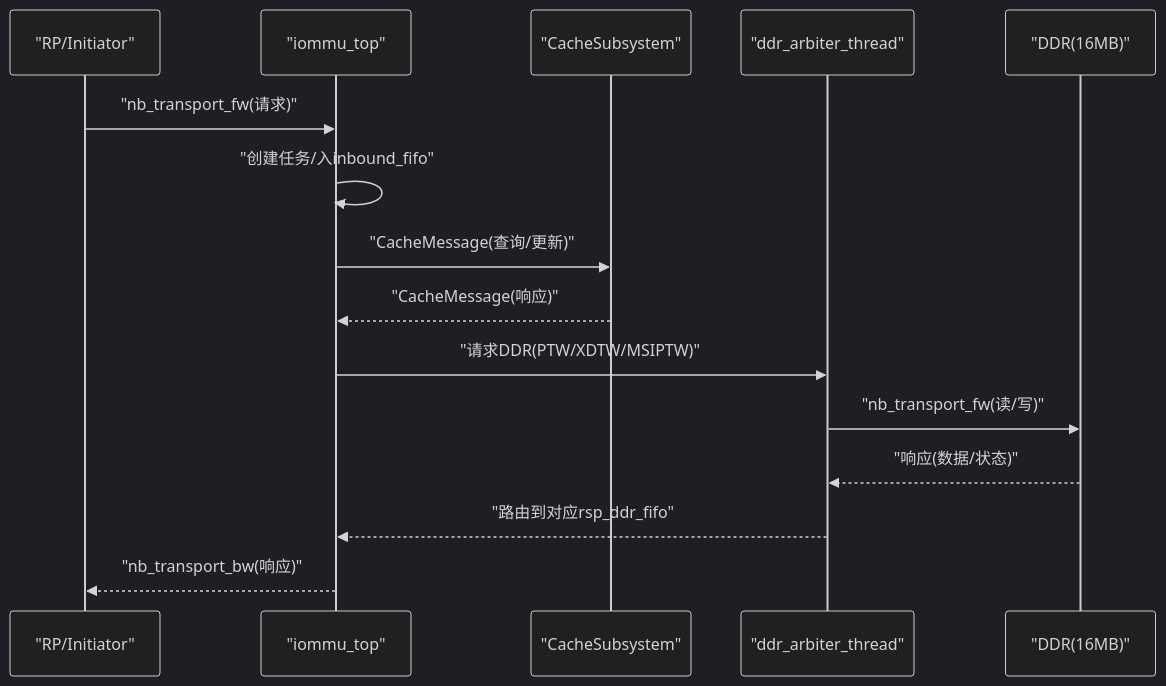
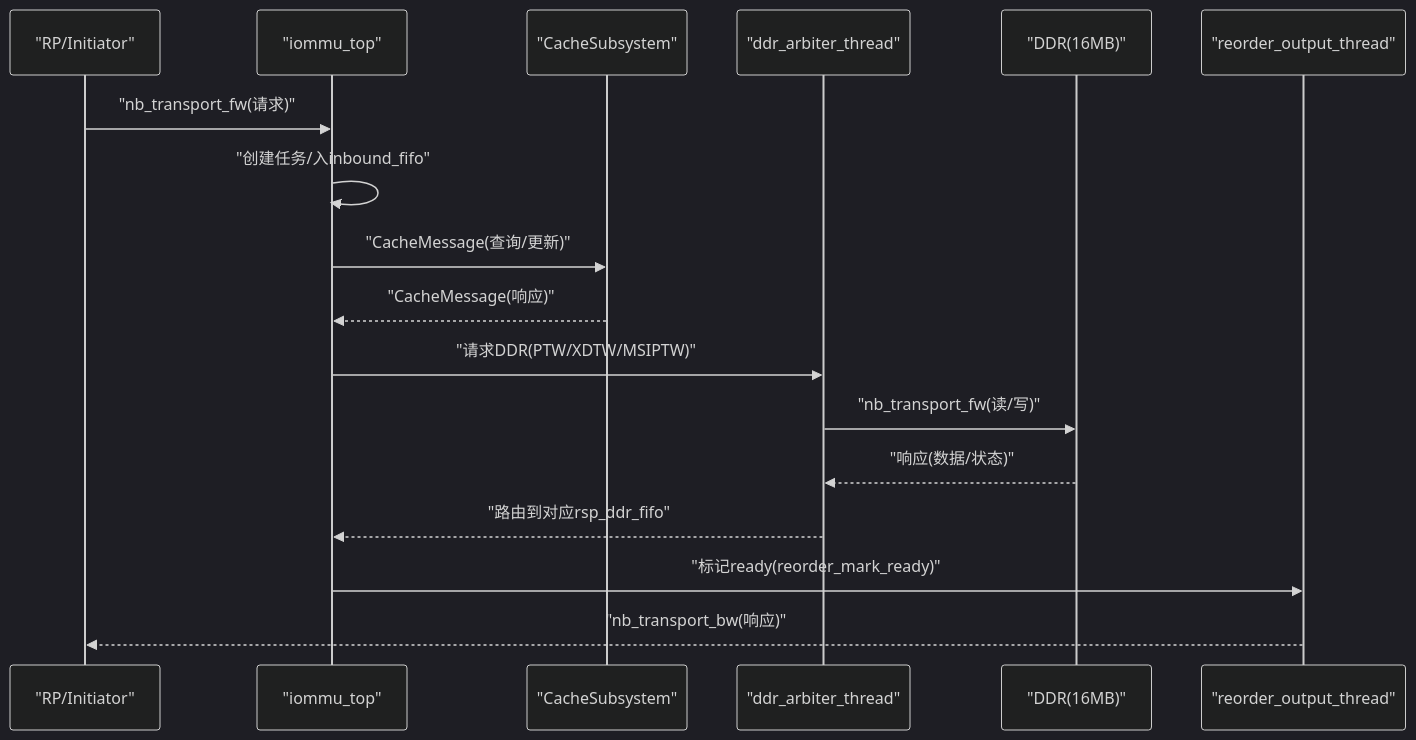
Before and after one commit to jiangjiang1122/iommu_model_20260401_v1: the second of 3 diagrams in .qoder/repowiki/zh/content/核心架构/内存管理.md, drawn with Mermaid (dark theme). The commit also changed other lines of this file and 159 other files, not shown here.

Commit message:
chore: 更新知识库文档 + 新增PTW并发分析图表与数据文件

````diff
--- a/.qoder/repowiki/zh/content/核心架构/内存管理.md
+++ b/.qoder/repowiki/zh/content/核心架构/内存管理.md
@@ -107,17 +114,19 @@
 ```mermaid
 sequenceDiagram
 participant RP as "RP/Initiator"
 participant TOP as "iommu_top"
 participant SUB as "CacheSubsystem"
 participant ARB as "ddr_arbiter_thread"
 participant DDR as "DDR(16MB)"
+participant REORDER as "reorder_output_thread"
 RP->>TOP : "nb_transport_fw(请求)"
 TOP->>TOP : "创建任务/入inbound_fifo"
 TOP->>SUB : "CacheMessage(查询/更新)"
 SUB-->>TOP : "CacheMessage(响应)"
 TOP->>ARB : "请求DDR(PTW/XDTW/MSIPTW)"
 ARB->>DDR : "nb_transport_fw(读/写)"
 DDR-->>ARB : "响应(数据/状态)"
 ARB-->>TOP : "路由到对应rsp_ddr_fifo"
-TOP-->>RP : "nb_transport_bw(响应)"
+TOP->>REORDER : "标记ready(reorder_mark_ready)"
+REORDER-->>RP : "nb_transport_bw(响应)"
 ```
````
